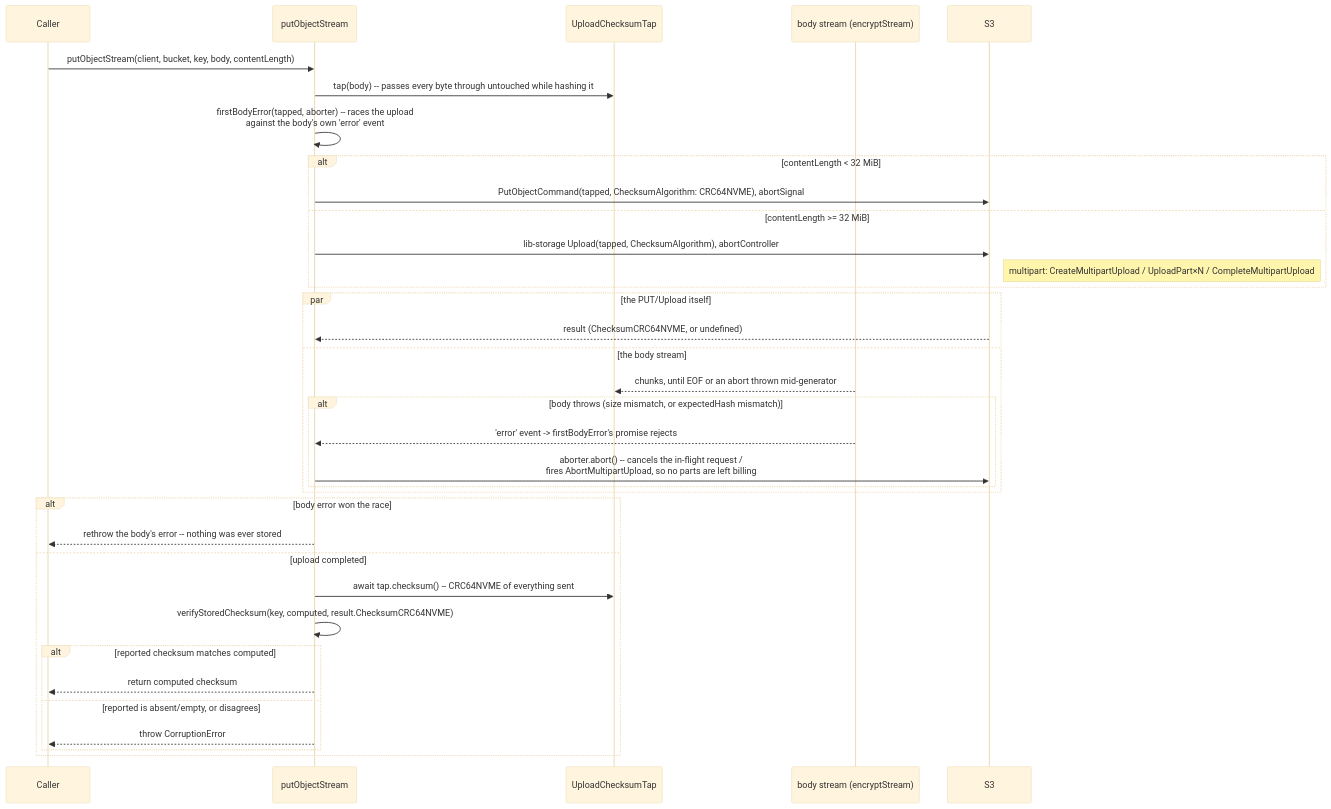
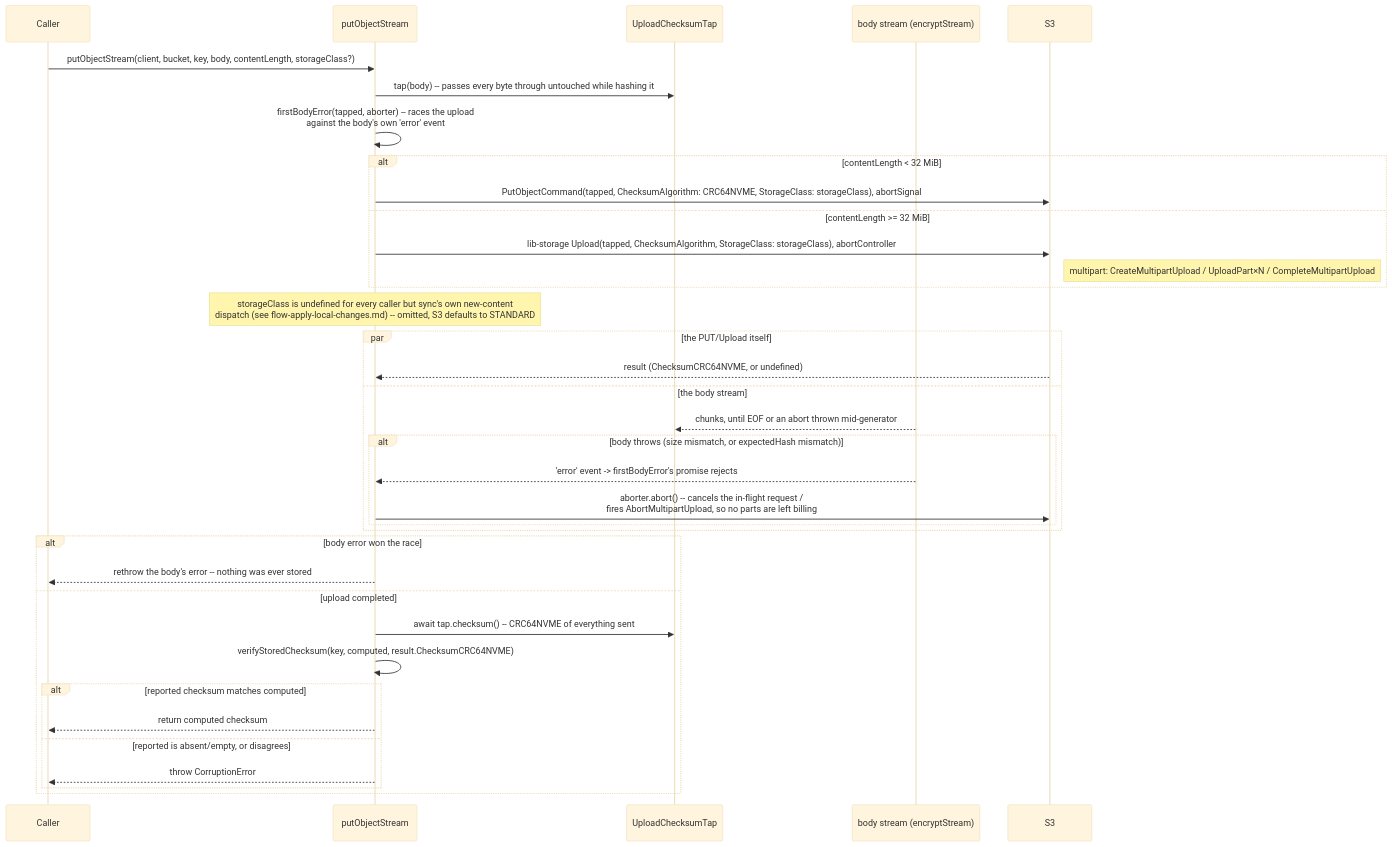
Before and after one commit to ribaptista/sync1: the diagram in docs/sequences/flow-put-object-stream.md, drawn with Mermaid (base theme). The commit also changed 7 other files, not shown here.

````diff
--- a/docs/sequences/flow-put-object-stream.md
+++ b/docs/sequences/flow-put-object-stream.md
@@ -16,41 +16,42 @@
 ```mermaid
 sequenceDiagram
     participant Caller
     participant PutStream as putObjectStream
     participant Tap as UploadChecksumTap
     participant Body as body stream (encryptStream)
     participant S3
 
-    Caller->>PutStream: putObjectStream(client, bucket, key, body, contentLength)
+    Caller->>PutStream: putObjectStream(client, bucket, key, body, contentLength, storageClass?)
     PutStream->>Tap: tap(body) -- passes every byte through untouched while hashing it
     PutStream->>PutStream: firstBodyError(tapped, aborter) -- races the upload<br/>against the body's own 'error' event
 
     alt contentLength < 32 MiB
-        PutStream->>S3: PutObjectCommand(tapped, ChecksumAlgorithm: CRC64NVME), abortSignal
+        PutStream->>S3: PutObjectCommand(tapped, ChecksumAlgorithm: CRC64NVME, StorageClass: storageClass), abortSignal
     else contentLength >= 32 MiB
-        PutStream->>S3: lib-storage Upload(tapped, ChecksumAlgorithm), abortController
+        PutStream->>S3: lib-storage Upload(tapped, ChecksumAlgorithm, StorageClass: storageClass), abortController
         note right of S3: multipart: CreateMultipartUpload / UploadPart×N / CompleteMultipartUpload
     end
+    note over PutStream: storageClass is undefined for every caller but sync's own new-content<br/>dispatch (see flow-apply-local-changes.md) -- omitted, S3 defaults to STANDARD
 
     par the PUT/Upload itself
         S3-->>PutStream: result (ChecksumCRC64NVME, or undefined)
     and the body stream
         Body-->>Tap: chunks, until EOF or an abort thrown mid-generator
         alt body throws (size mismatch, or expectedHash mismatch)
             Body-->>PutStream: 'error' event -> firstBodyError's promise rejects
             PutStream->>S3: aborter.abort() -- cancels the in-flight request /<br/>fires AbortMultipartUpload, so no parts are left billing
         end
     end
 
     alt body error won the race
         PutStream-->>Caller: rethrow the body's error -- nothing was ever stored
     else upload completed
         PutStream->>Tap: await tap.checksum() -- CRC64NVME of everything sent
         PutStream->>PutStream: verifyStoredChecksum(key, computed, result.ChecksumCRC64NVME)
         alt reported checksum matches computed
             PutStream-->>Caller: return computed checksum
         else reported is absent/empty, or disagrees
             PutStream-->>Caller: throw CorruptionError
         end
     end
 ```
````
